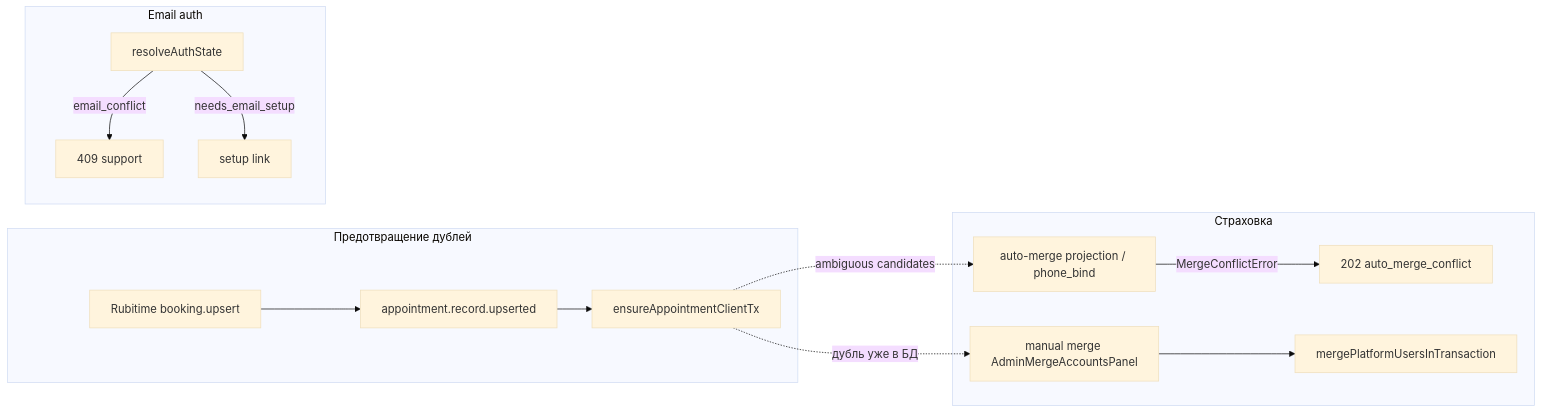
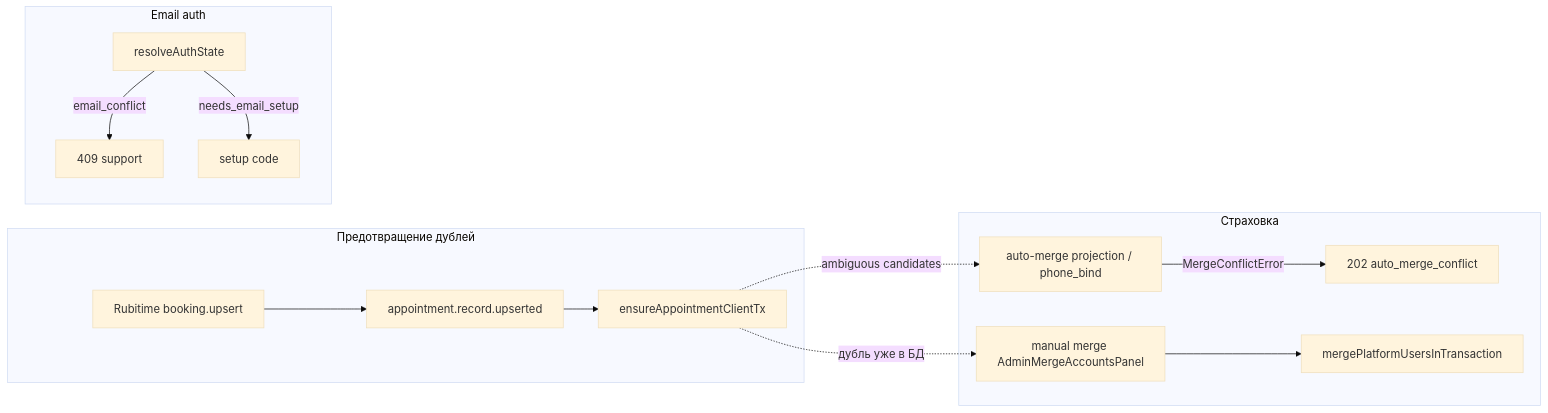
The diagram in docs/LOGIN_REGISTER_NEW_LOGIC/PHASE_06_AUDIT.md (Dimmdao2/BersonCareBot), drawn with Mermaid (base theme) before and after one commit. The commit also changed 37 other files, not shown here.

Commit message:
fix(auth): use code-based setup and safer identity merges

````diff
--- a/docs/LOGIN_REGISTER_NEW_LOGIC/PHASE_06_AUDIT.md
+++ b/docs/LOGIN_REGISTER_NEW_LOGIC/PHASE_06_AUDIT.md
@@ -80,22 +80,22 @@
 ```mermaid
 flowchart LR
   subgraph prevent [Предотвращение дублей]
     RT[Rubitime booking.upsert]
     EV[appointment.record.upserted]
     EC[ensureAppointmentClientTx]
     RT --> EV --> EC
   end
   subgraph auth [Email auth]
     LA[resolveAuthState]
     LA -->|email_conflict| SUP[409 support]
-    LA -->|needs_email_setup| SET[setup link]
+    LA -->|needs_email_setup| SET[setup code]
   end
   subgraph insurance [Страховка]
     AM[auto-merge projection / phone_bind]
     MM[manual merge AdminMergeAccountsPanel]
     AM -->|MergeConflictError| A202[202 auto_merge_conflict]
     MM --> ENG[mergePlatformUsersInTransaction]
   end
   EC -.->|дубль уже в БД| MM
   EC -.->|ambiguous candidates| AM
 ```
````
